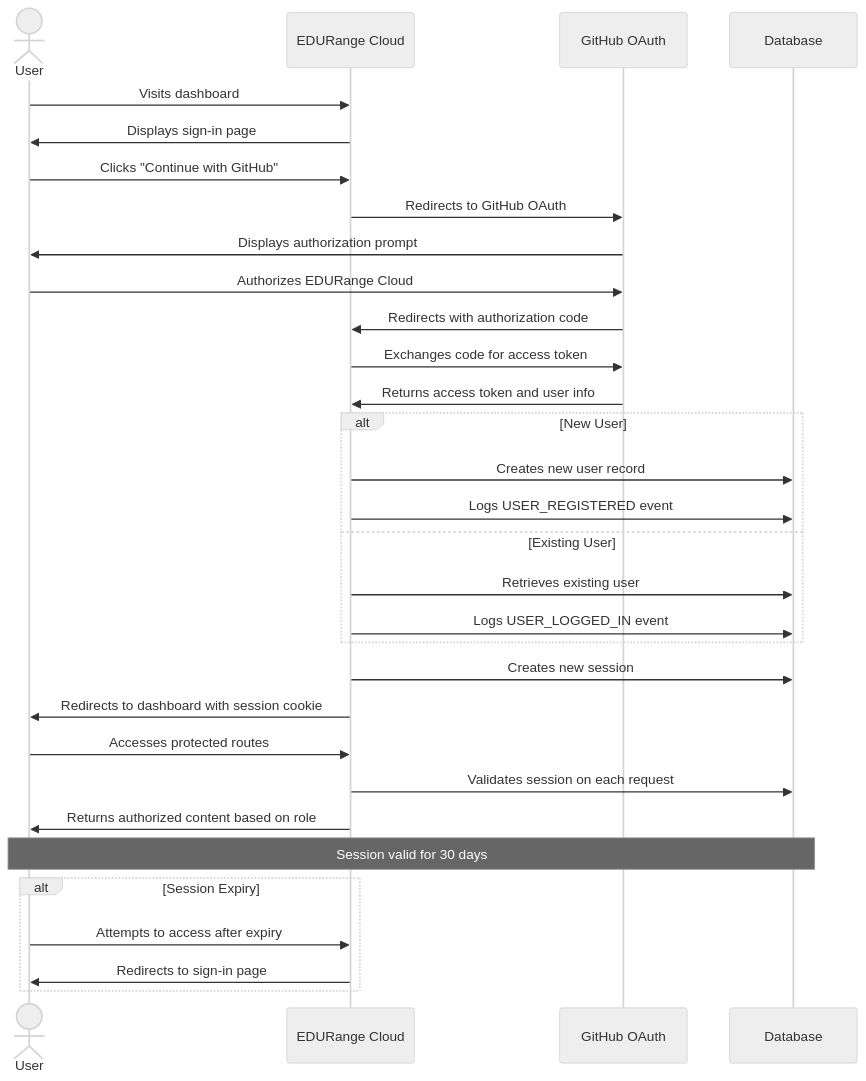
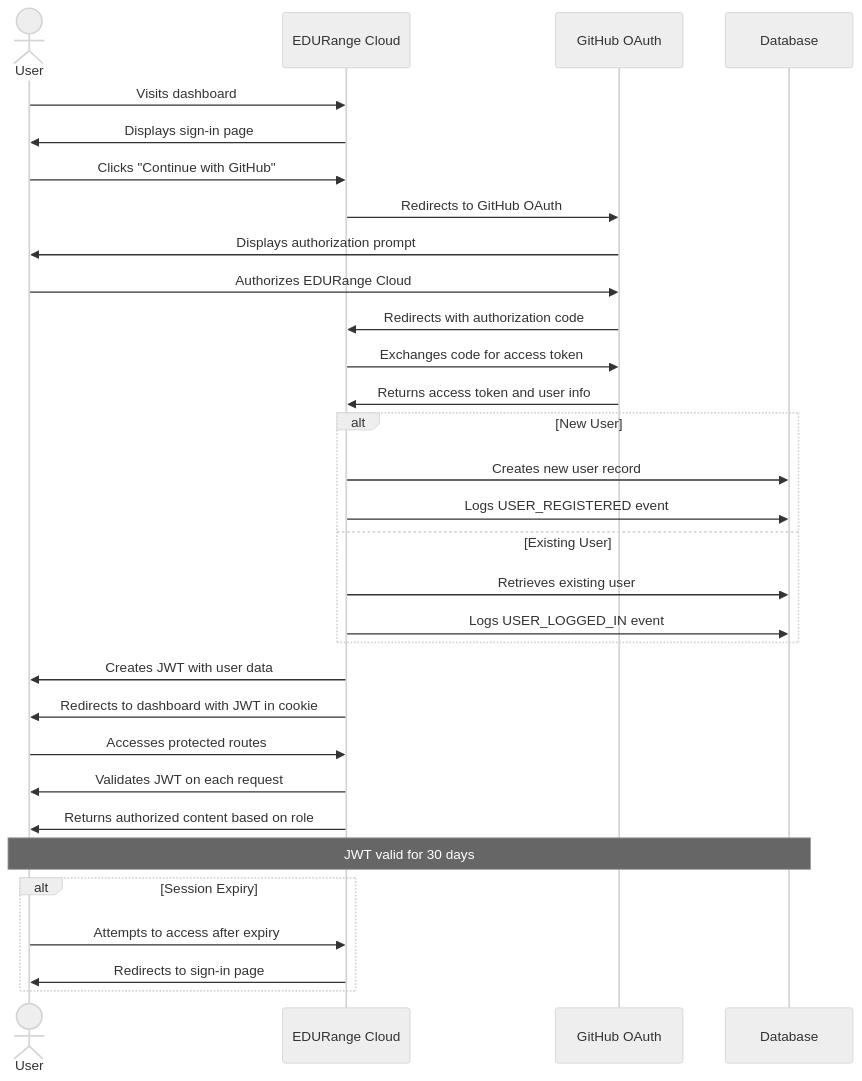
The first of 4 diagrams in pages/Frontend/auth.mdx (Rydersel/EDUrange_Cloud_Docs), drawn with Mermaid (neutral theme) before and after one commit. The commit also changed other lines of this file and 68 other files, not shown here.

````diff
--- a/pages/Frontend/auth.mdx
+++ b/pages/Frontend/auth.mdx
@@ -36,38 +36,38 @@
 ```mermaid
 sequenceDiagram
     actor User
     participant EDURange as EDURange Cloud
     participant GitHub as GitHub OAuth
     participant DB as Database
 
     User->>EDURange: Visits dashboard
     EDURange->>User: Displays sign-in page
     User->>EDURange: Clicks "Continue with GitHub"
     EDURange->>GitHub: Redirects to GitHub OAuth
     GitHub->>User: Displays authorization prompt
     User->>GitHub: Authorizes EDURange Cloud
     GitHub->>EDURange: Redirects with authorization code
     EDURange->>GitHub: Exchanges code for access token
     GitHub->>EDURange: Returns access token and user info
 
     alt New User
         EDURange->>DB: Creates new user record
         EDURange->>DB: Logs USER_REGISTERED event
     else Existing User
         EDURange->>DB: Retrieves existing user
         EDURange->>DB: Logs USER_LOGGED_IN event
     end
 
-    EDURange->>DB: Creates new session
-    EDURange->>User: Redirects to dashboard with session cookie
+    EDURange->>User: Creates JWT with user data
+    EDURange->>User: Redirects to dashboard with JWT in cookie
     User->>EDURange: Accesses protected routes
-    EDURange->>DB: Validates session on each request
+    EDURange->>User: Validates JWT on each request
     EDURange->>User: Returns authorized content based on role
 
-    Note over User,DB: Session valid for 30 days
+    Note over User,DB: JWT valid for 30 days
 
     alt Session Expiry
         User->>EDURange: Attempts to access after expiry
         EDURange->>User: Redirects to sign-in page
     end
 ```
````
